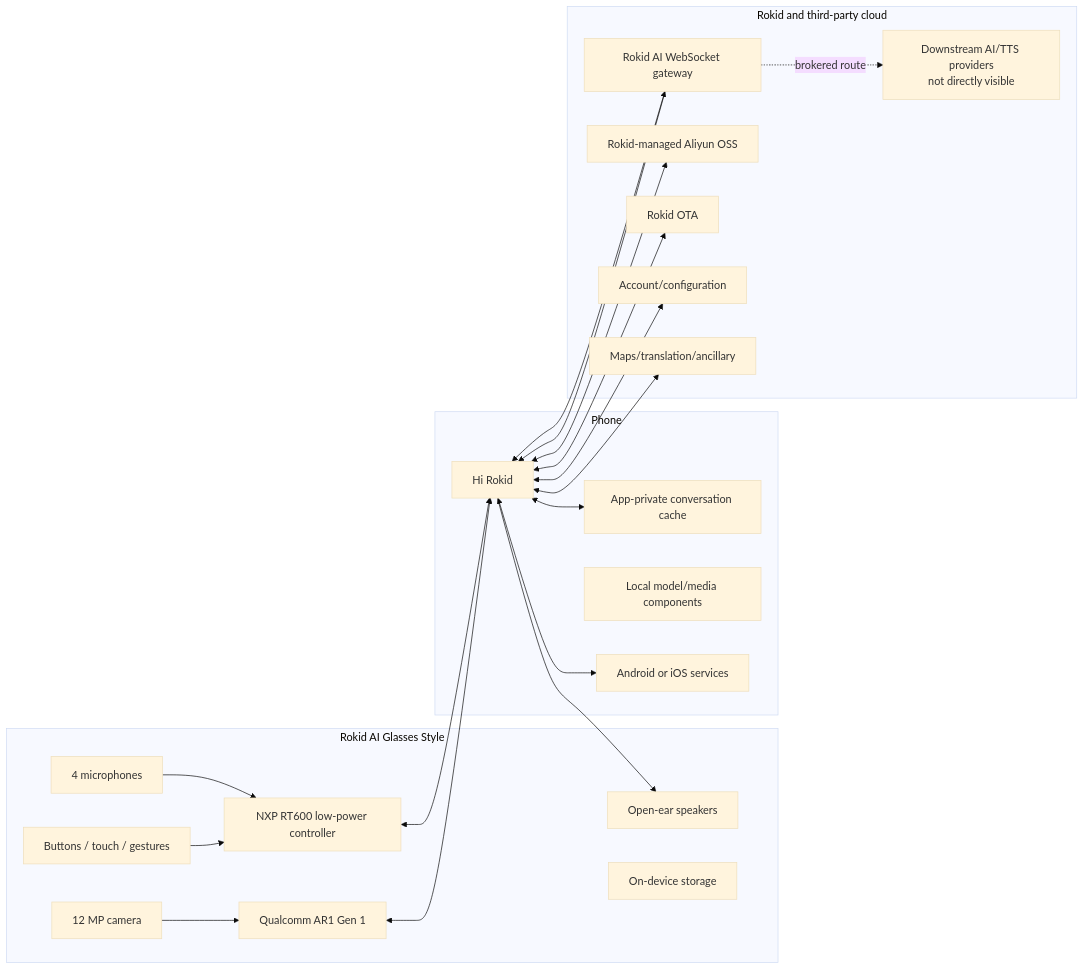
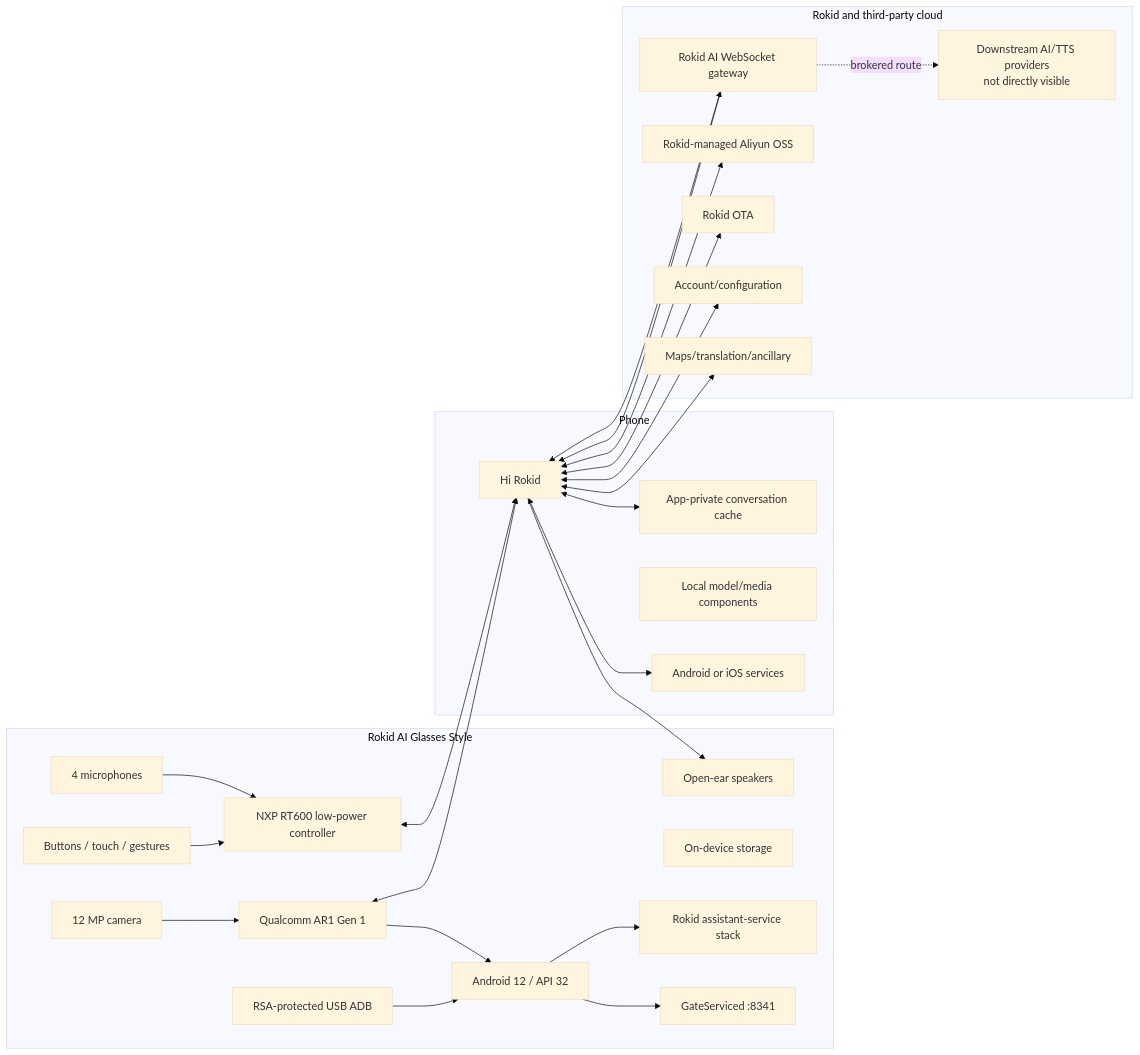
The first of 5 diagrams in docs/architecture/non-display-system-architecture.md (aimindseye/rokid-ai-glasses), drawn with Mermaid (base theme) before and after one commit. The commit also changed other lines of this file and 21 other files, not shown here.

Commit message:
docs: publish Test 17 glasses OS and USB ADB findings

````diff
--- a/docs/architecture/non-display-system-architecture.md
+++ b/docs/architecture/non-display-system-architecture.md
@@ -19,44 +19,52 @@
 ```mermaid
 flowchart LR
     subgraph G["Rokid AI Glasses Style"]
         MIC["4 microphones"]
         CAM["12 MP camera"]
         SPK["Open-ear speakers"]
         CTRL["Buttons / touch / gestures"]
         LP["NXP RT600 low-power controller"]
         AR1["Qualcomm AR1 Gen 1"]
         STORE["On-device storage"]
+        AOS["Android 12 / API 32"]
+        ASSIST["Rokid assistant-service stack"]
+        GATE["GateServiced :8341"]
+        USB["RSA-protected USB ADB"]
     end
 
     subgraph P["Phone"]
         HR["Hi Rokid"]
         CACHE["App-private conversation cache"]
         LOCAL["Local model/media components"]
         OS["Android or iOS services"]
     end
 
     subgraph C["Rokid and third-party cloud"]
         AI["Rokid AI WebSocket gateway"]
         OBJ["Rokid-managed Aliyun OSS"]
         OTA["Rokid OTA"]
         ACCT["Account/configuration"]
         MAPS["Maps/translation/ancillary"]
         UP["Downstream AI/TTS providers\nnot directly visible"]
     end
 
     MIC --> LP
     CTRL --> LP
     CAM --> AR1
+    AR1 --> AOS
+    AOS --> ASSIST
+    AOS --> GATE
+    USB --> AOS
     LP <--> HR
     AR1 <--> HR
     HR <--> OS
     HR <--> CACHE
     HR <--> AI
     HR <--> OBJ
     HR <--> OTA
     HR <--> ACCT
     HR <--> MAPS
     AI -. brokered route .-> UP
     AI --> HR
     HR --> SPK
 ```
````
